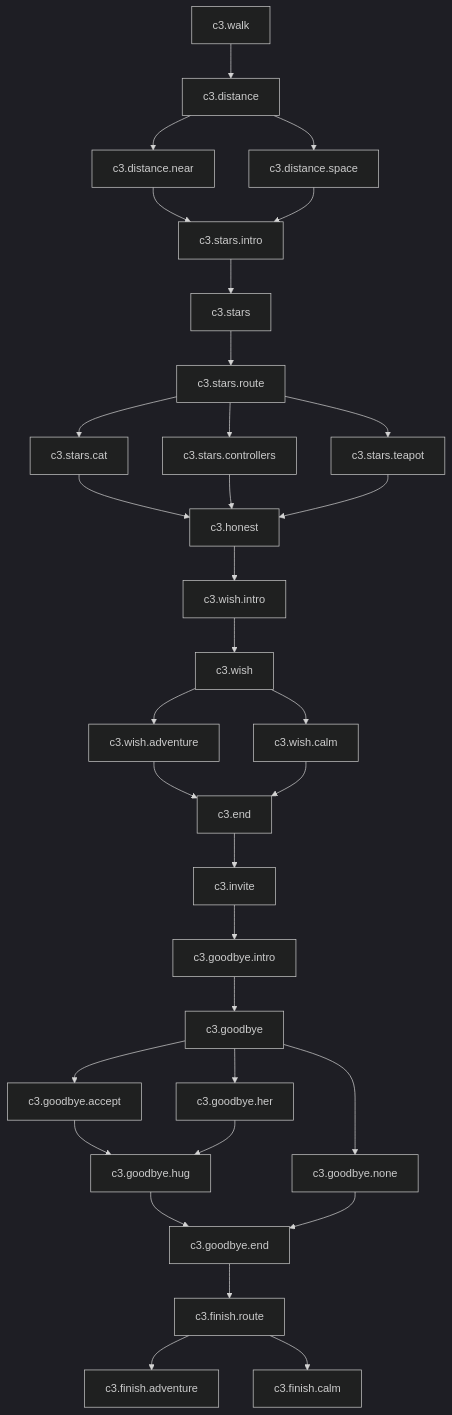
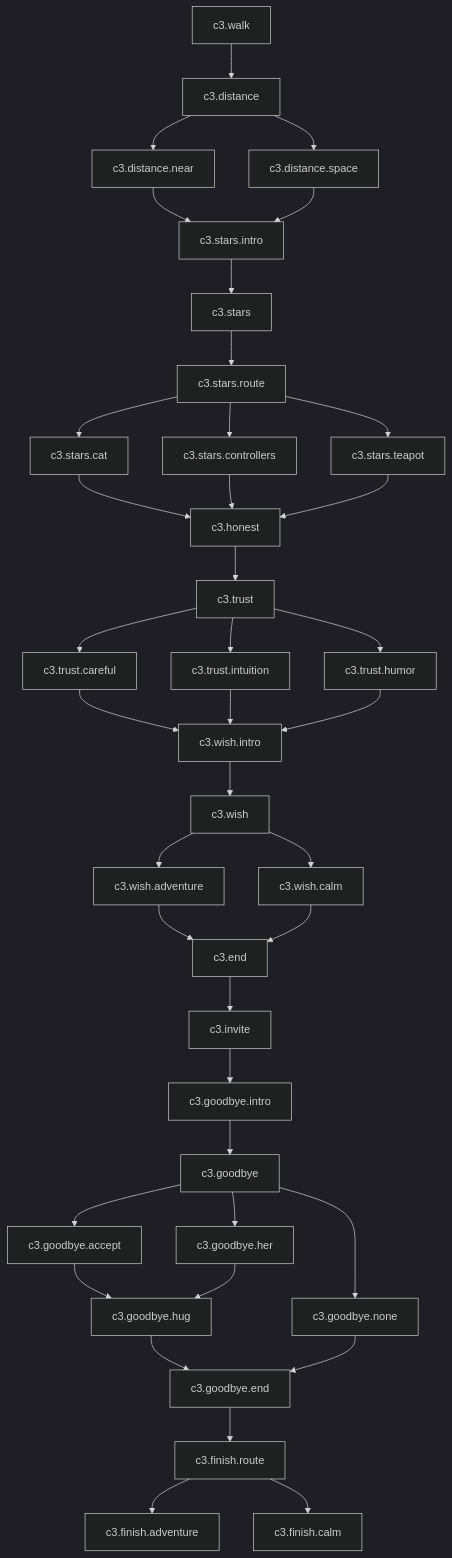
One commit to vlad28x/our-little-story changed the diagram in outputs/CHAPTER_03_SCRIPT.md. Above: the diagram before and after it, drawn with Mermaid (dark theme). The commit also changed other lines of this file and 97 other files, not shown here.

````diff
--- a/outputs/CHAPTER_03_SCRIPT.md
+++ b/outputs/CHAPTER_03_SCRIPT.md
@@ -7,62 +7,72 @@
 ```mermaid
 flowchart TD
   c3.walk
   c3.walk --> c3.distance
   c3.distance
   c3.distance --> c3.distance.near
   c3.distance --> c3.distance.space
   c3.distance.near
   c3.distance.near --> c3.stars.intro
   c3.distance.space
   c3.distance.space --> c3.stars.intro
   c3.stars.intro
   c3.stars.intro --> c3.stars
   c3.stars
   c3.stars --> c3.stars.route
   c3.stars.route
   c3.stars.route --> c3.stars.cat
   c3.stars.route --> c3.stars.controllers
   c3.stars.route --> c3.stars.teapot
   c3.stars.cat
   c3.stars.cat --> c3.honest
   c3.stars.controllers
   c3.stars.controllers --> c3.honest
   c3.stars.teapot
   c3.stars.teapot --> c3.honest
   c3.honest
-  c3.honest --> c3.wish.intro
+  c3.honest --> c3.trust
+  c3.trust
+  c3.trust --> c3.trust.careful
+  c3.trust --> c3.trust.intuition
+  c3.trust --> c3.trust.humor
+  c3.trust.careful
+  c3.trust.careful --> c3.wish.intro
+  c3.trust.intuition
+  c3.trust.intuition --> c3.wish.intro
+  c3.trust.humor
+  c3.trust.humor --> c3.wish.intro
   c3.wish.intro
   c3.wish.intro --> c3.wish
   c3.wish
   c3.wish --> c3.wish.adventure
   c3.wish --> c3.wish.calm
   c3.wish.adventure
   c3.wish.adventure --> c3.end
   c3.wish.calm
   c3.wish.calm --> c3.end
   c3.end
   c3.end --> c3.invite
   c3.invite
   c3.invite --> c3.goodbye.intro
   c3.goodbye.intro
   c3.goodbye.intro --> c3.goodbye
   c3.goodbye
   c3.goodbye --> c3.goodbye.accept
   c3.goodbye --> c3.goodbye.her
   c3.goodbye --> c3.goodbye.none
   c3.goodbye.accept
   c3.goodbye.accept --> c3.goodbye.hug
   c3.goodbye.her
   c3.goodbye.her --> c3.goodbye.hug
   c3.goodbye.hug
   c3.goodbye.hug --> c3.goodbye.end
   c3.goodbye.none
   c3.goodbye.none --> c3.goodbye.end
   c3.goodbye.end
   c3.goodbye.end --> c3.finish.route
   c3.finish.route
   c3.finish.route --> c3.finish.adventure
   c3.finish.route --> c3.finish.calm
   c3.finish.adventure
   c3.finish.calm
 ```
````
